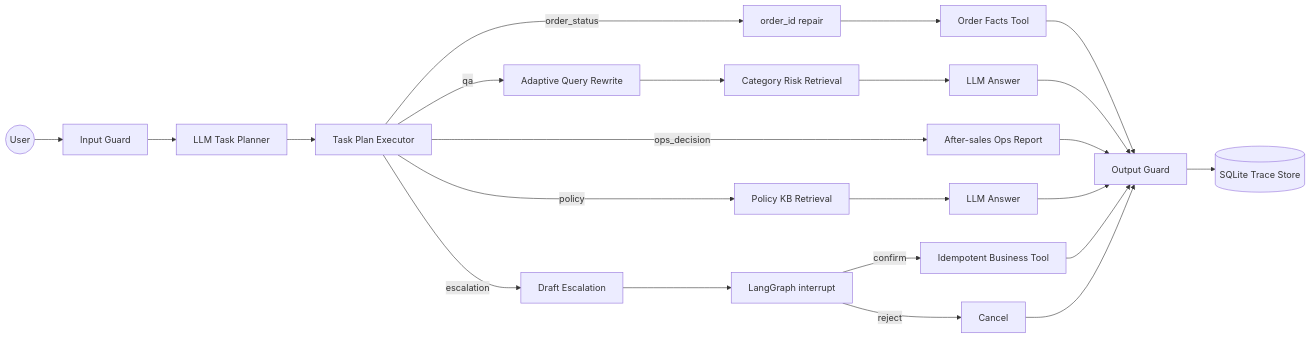
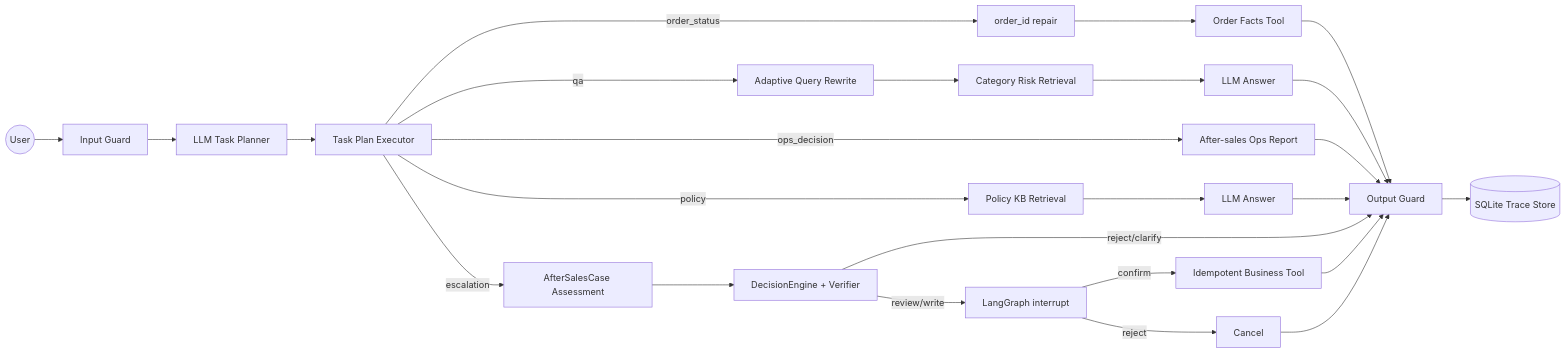
One commit to bigfish-emily/commerce-support-agent changed the diagram in README.md. Above: the diagram before and after it, drawn with Mermaid. The commit also changed other lines of this file and 16 other files, not shown here.

Commit message:
refocus agent on after-sales case resolution

````diff
--- a/README.md
+++ b/README.md
@@ -155,31 +169,33 @@
 ```mermaid
 flowchart LR
     Start((User)) --> Guard[Input Guard]
     Guard --> Planner[LLM Task Planner]
 
     Planner --> Executor[Task Plan Executor]
     Executor -- order_status --> Repair[order_id repair]
     Repair --> OrderTool[Order Facts Tool]
     OrderTool --> Output[Output Guard]
 
     Executor -- qa --> Rewrite[Adaptive Query Rewrite]
     Rewrite --> CatRag[Category Risk Retrieval]
     CatRag --> QaLLM[LLM Answer]
     QaLLM --> Output
 
     Executor -- ops_decision --> OpsReport[After-sales Ops Report]
     OpsReport --> Output
 
     Executor -- policy --> PolicyRag[Policy KB Retrieval]
     PolicyRag --> PolicyLLM[LLM Answer]
     PolicyLLM --> Output
 
-    Executor -- escalation --> Draft[Draft Escalation]
-    Draft --> HITL[LangGraph interrupt]
+    Executor -- escalation --> CaseAssess[AfterSalesCase Assessment]
+    CaseAssess --> Decision[DecisionEngine + Verifier]
+    Decision -- reject/clarify --> Output
+    Decision -- review/write --> HITL[LangGraph interrupt]
     HITL -- confirm --> CaseTool[Idempotent Business Tool]
     HITL -- reject --> Cancel[Cancel]
     CaseTool --> Output
     Cancel --> Output
 
     Output --> Trace[(SQLite Trace Store)]
 ```
````
